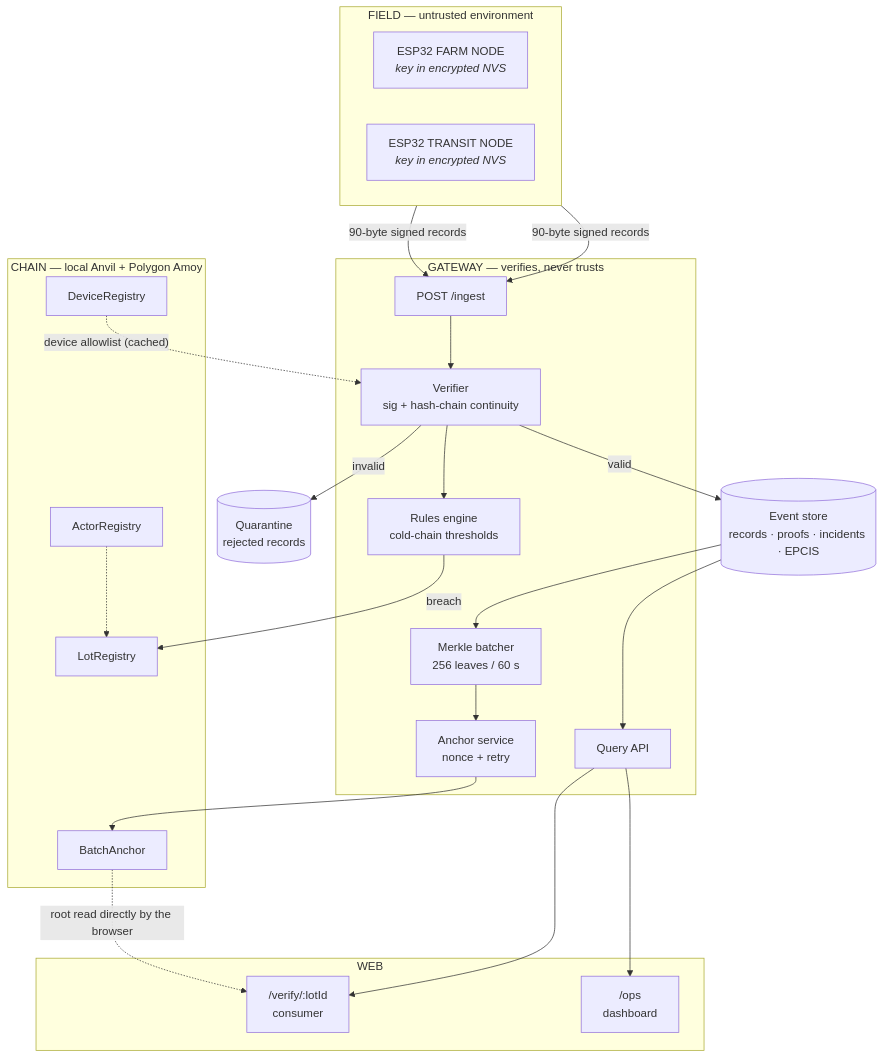
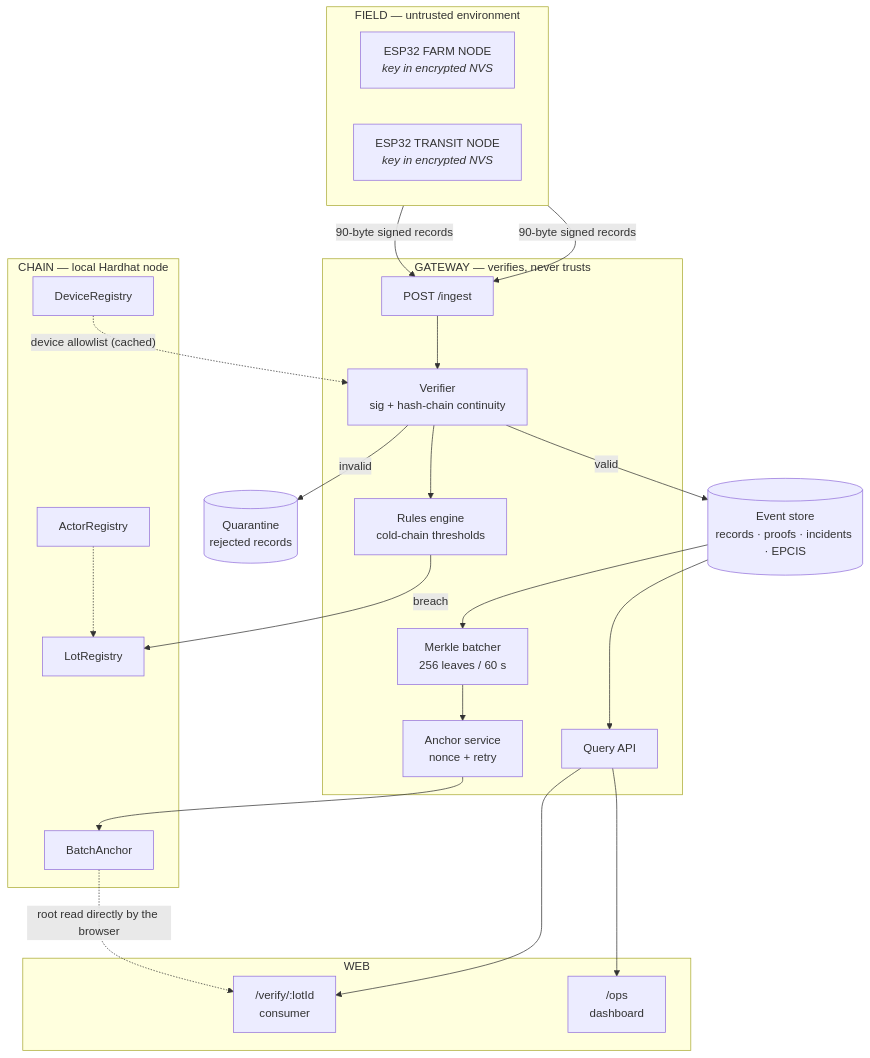
Before and after one commit to SarmaHighOnCode/krishichain: the first of 3 diagrams in docs/ARCHITECTURE.md, drawn with Mermaid. The commit also changed other lines of this file and 22 other files, not shown here.

````diff
--- a/docs/ARCHITECTURE.md
+++ b/docs/ARCHITECTURE.md
@@ -10,44 +10,44 @@
 ```mermaid
 flowchart TB
   subgraph FIELD["FIELD — untrusted environment"]
     direction LR
     N1["ESP32 FARM NODE<br/><i>key in encrypted NVS</i>"]
     N2["ESP32 TRANSIT NODE<br/><i>key in encrypted NVS</i>"]
   end
 
   subgraph EDGE["GATEWAY — verifies, never trusts"]
     ING["POST /ingest"]
     VER["Verifier<br/>sig + hash-chain continuity"]
     RUL["Rules engine<br/>cold-chain thresholds"]
     BAT["Merkle batcher<br/>256 leaves / 60 s"]
     ANC["Anchor service<br/>nonce + retry"]
     API["Query API"]
   end
 
   DB[("Event store<br/>records · proofs · incidents · EPCIS")]
   Q[("Quarantine<br/>rejected records")]
 
-  subgraph CHAIN["CHAIN — local Anvil + Polygon Amoy"]
+  subgraph CHAIN["CHAIN — local Hardhat node"]
     DR["DeviceRegistry"]
     AR["ActorRegistry"]
     LR["LotRegistry"]
     BA["BatchAnchor"]
   end
 
   subgraph WEB["WEB"]
     CV["/verify/:lotId<br/>consumer"]
     OPS["/ops<br/>dashboard"]
   end
 
   N1 & N2 -->|"90-byte signed records"| ING
   ING --> VER
   VER -->|invalid| Q
   VER -->|valid| DB
   VER --> RUL
   RUL -->|breach| LR
   DB --> BAT --> ANC --> BA
   DR -.->|"device allowlist (cached)"| VER
   AR -.-> LR
   DB --> API --> CV & OPS
   BA -.->|"root read directly by the browser"| CV
 ```
````
